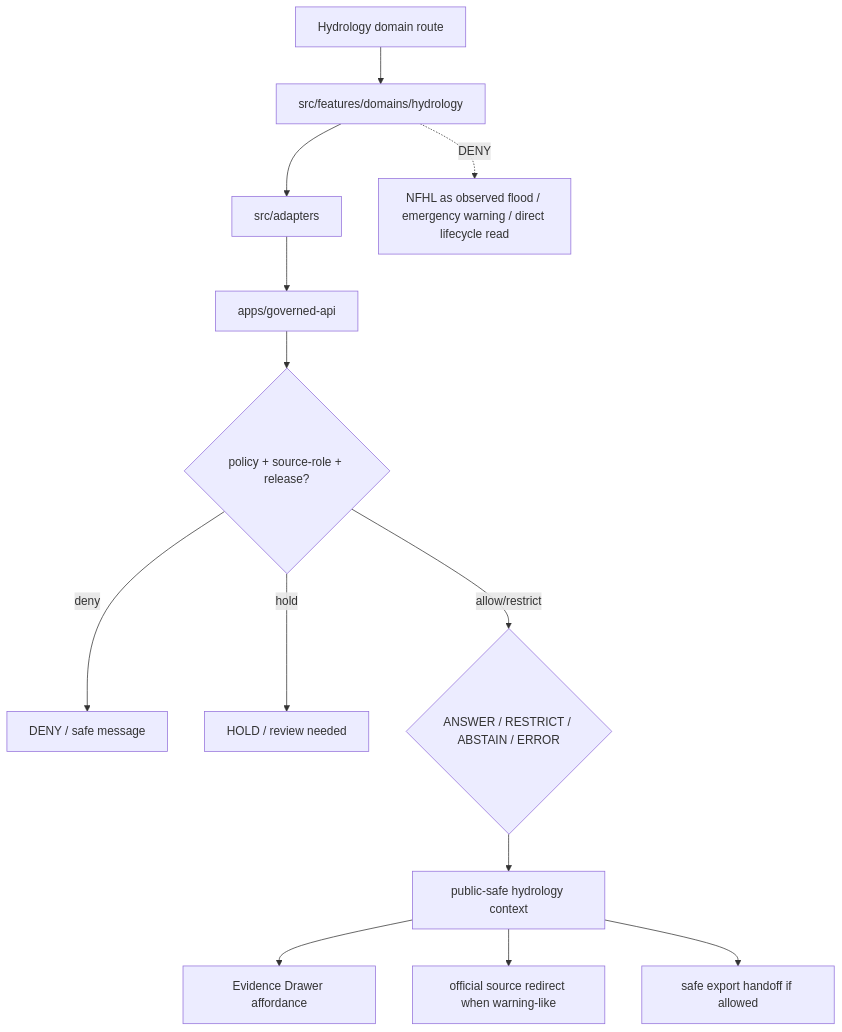
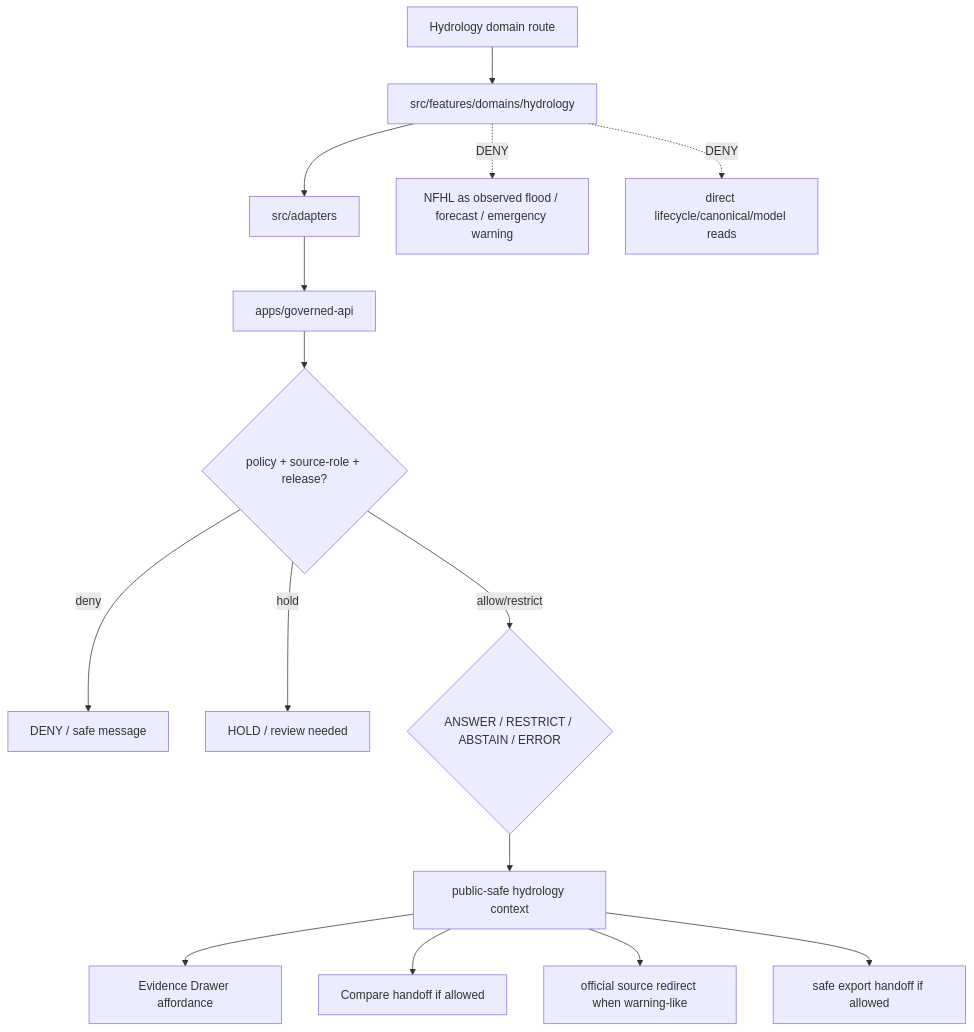
One commit to bartytime4life/Kansas-Frontier-Matrix changed the diagram in apps/explorer-web/src/features/domains/hydrology/README.md. Above: the diagram before and after it, drawn with Mermaid. The commit also changed other lines of this file, not shown here.

Commit message:
docs: update explorer web hydrology feature README

````diff
--- a/apps/explorer-web/src/features/domains/hydrology/README.md
+++ b/apps/explorer-web/src/features/domains/hydrology/README.md
@@ -218,15 +295,17 @@
 ```mermaid
 flowchart TD
     route["Hydrology domain route"] --> feature["src/features/domains/hydrology"]
     feature --> adapters["src/adapters"]
     adapters --> api["apps/governed-api"]
     api --> policy{"policy + source-role + release?"}
     policy -->|deny| deny["DENY / safe message"]
     policy -->|hold| hold["HOLD / review needed"]
     policy -->|allow/restrict| envelope{"ANSWER / RESTRICT / ABSTAIN / ERROR"}
     envelope --> view["public-safe hydrology context"]
     view --> evidence["Evidence Drawer affordance"]
+    view --> compare["Compare handoff if allowed"]
     view --> official["official source redirect when warning-like"]
     view --> export["safe export handoff if allowed"]
-    feature -. DENY .-> collapse["NFHL as observed flood / emergency warning / direct lifecycle read"]
+    feature -. DENY .-> collapse["NFHL as observed flood / forecast / emergency warning"]
+    feature -. DENY .-> direct["direct lifecycle/canonical/model reads"]
 ```
````
